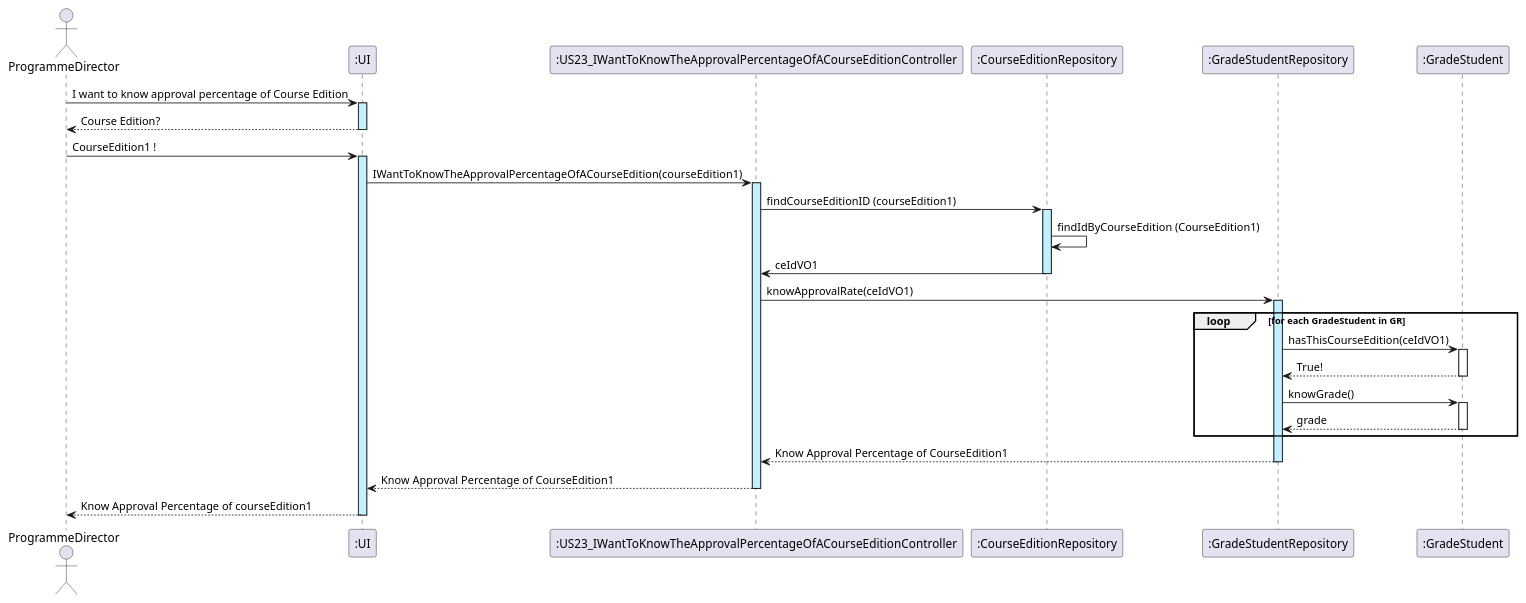
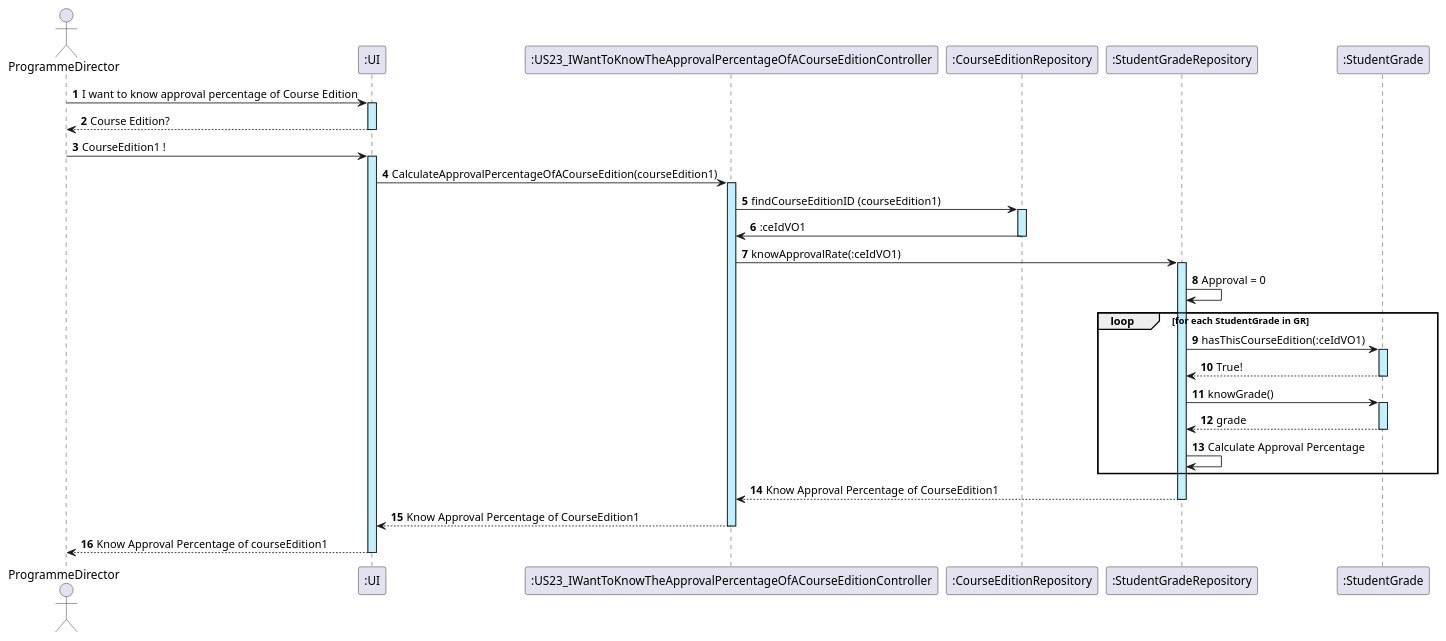
The diagram in docs/US23/US23_IWantToKnowTheApprovalPercentageOfACourseEdition.puml (GasparISEP/DevOps-PAI), drawn with PlantUML before and after one commit. The commit also changed 2 other files, not shown here.

Commit message:
Ref #55 : Refactor seqDiagrame According to DDD

```diff
--- a/docs/US23/US23_IWantToKnowTheApprovalPercentageOfACourseEdition.puml
+++ b/docs/US23/US23_IWantToKnowTheApprovalPercentageOfACourseEdition.puml
@@ -1,39 +1,41 @@
 @startuml
 actor ProgrammeDirector
 participant ":UI" as UI
 participant ":US23_IWantToKnowTheApprovalPercentageOfACourseEditionController" as KA
 participant ":CourseEditionRepository" as CER
-participant ":GradeStudentRepository" as GR
-participant ":GradeStudent" as GradeStudent
+participant ":StudentGradeRepository" as GR
+participant ":StudentGrade" as StudentGrade
+
+autonumber
 
 
 ProgrammeDirector -> UI ++ #application: I want to know approval percentage of Course Edition
 UI --> ProgrammeDirector -- : Course Edition?
 ProgrammeDirector -> UI ++ #application: CourseEdition1 !
-UI -> KA ++ #application : IWantToKnowTheApprovalPercentageOfACourseEdition(courseEdition1)
+UI -> KA ++ #application : CalculateApprovalPercentageOfACourseEdition(courseEdition1)
 KA -> CER ++ #application : findCourseEditionID (courseEdition1)
-CER -> CER : findIdByCourseEdition (CourseEdition1)
-CER -> KA :  ceIdVO1
+CER -> KA :  :ceIdVO1
 deactivate CER
-KA -> GR ++ #application : knowApprovalRate(ceIdVO1)
+KA -> GR ++ #application : knowApprovalRate(:ceIdVO1)
 
 
+    GR -> GR :Approval = 0
+loop for each StudentGrade in GR
+    GR -> StudentGrade : hasThisCourseEdition(:ceIdVO1)
+    activate StudentGrade #application
+    StudentGrade --> GR : True!
+    deactivate StudentGrade
 
-loop for each GradeStudent in GR
-    GR -> GradeStudent : hasThisCourseEdition(ceIdVO1)
-    activate GradeStudent
-    GradeStudent --> GR : True!
-    deactivate GradeStudent
-
-    GR -> GradeStudent : knowGrade()
-    activate GradeStudent
-    GradeStudent --> GR : grade
-    deactivate GradeStudent
+    GR -> StudentGrade : knowGrade()
+    activate StudentGrade #application
+    StudentGrade --> GR : grade
+    deactivate StudentGrade
+    GR -> GR : Calculate Approval Percentage
 end
 
 
 GR --> KA --: Know Approval Percentage of CourseEdition1
 KA --> UI --: Know Approval Percentage of CourseEdition1
 UI --> ProgrammeDirector --: Know Approval Percentage of courseEdition1
 
 @enduml
```
